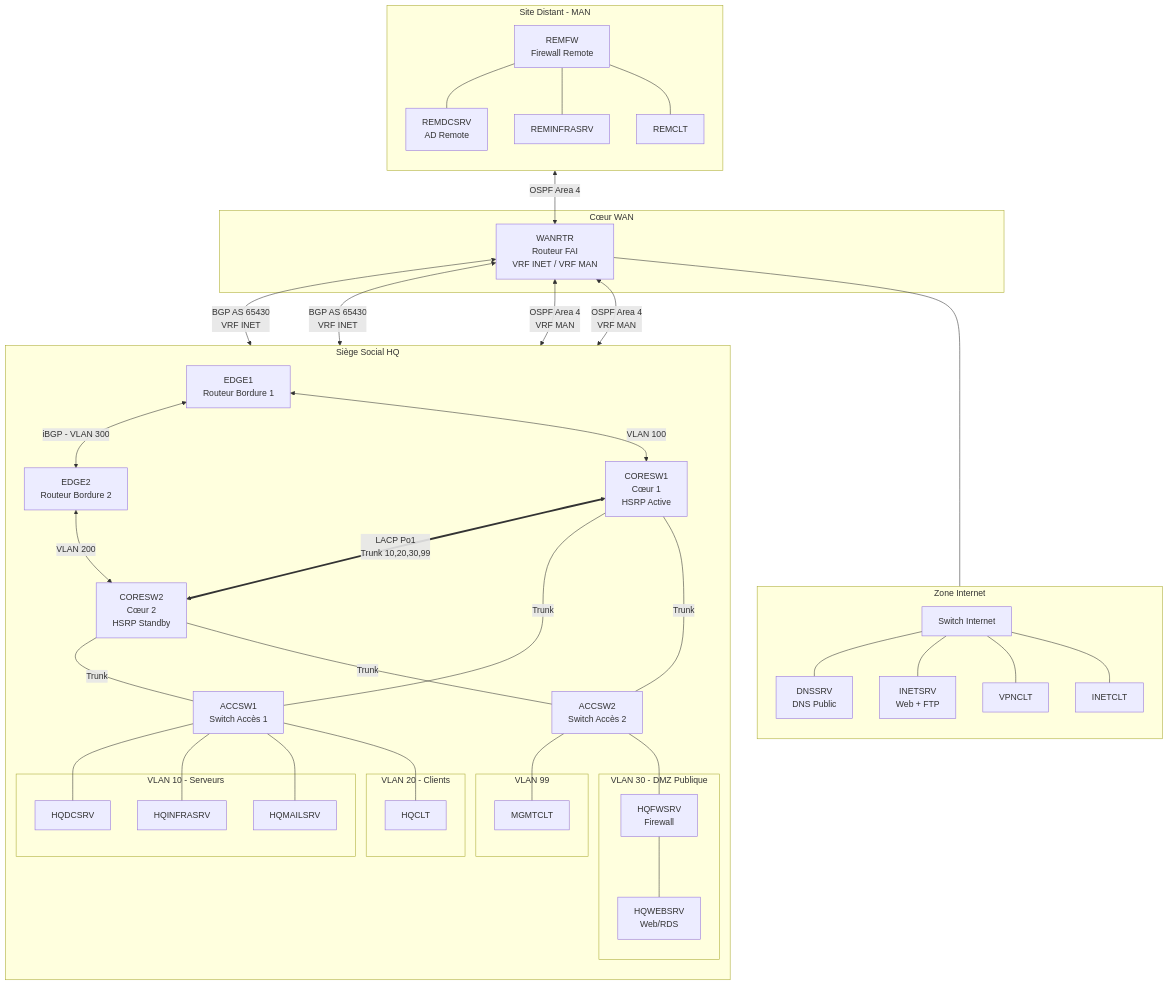
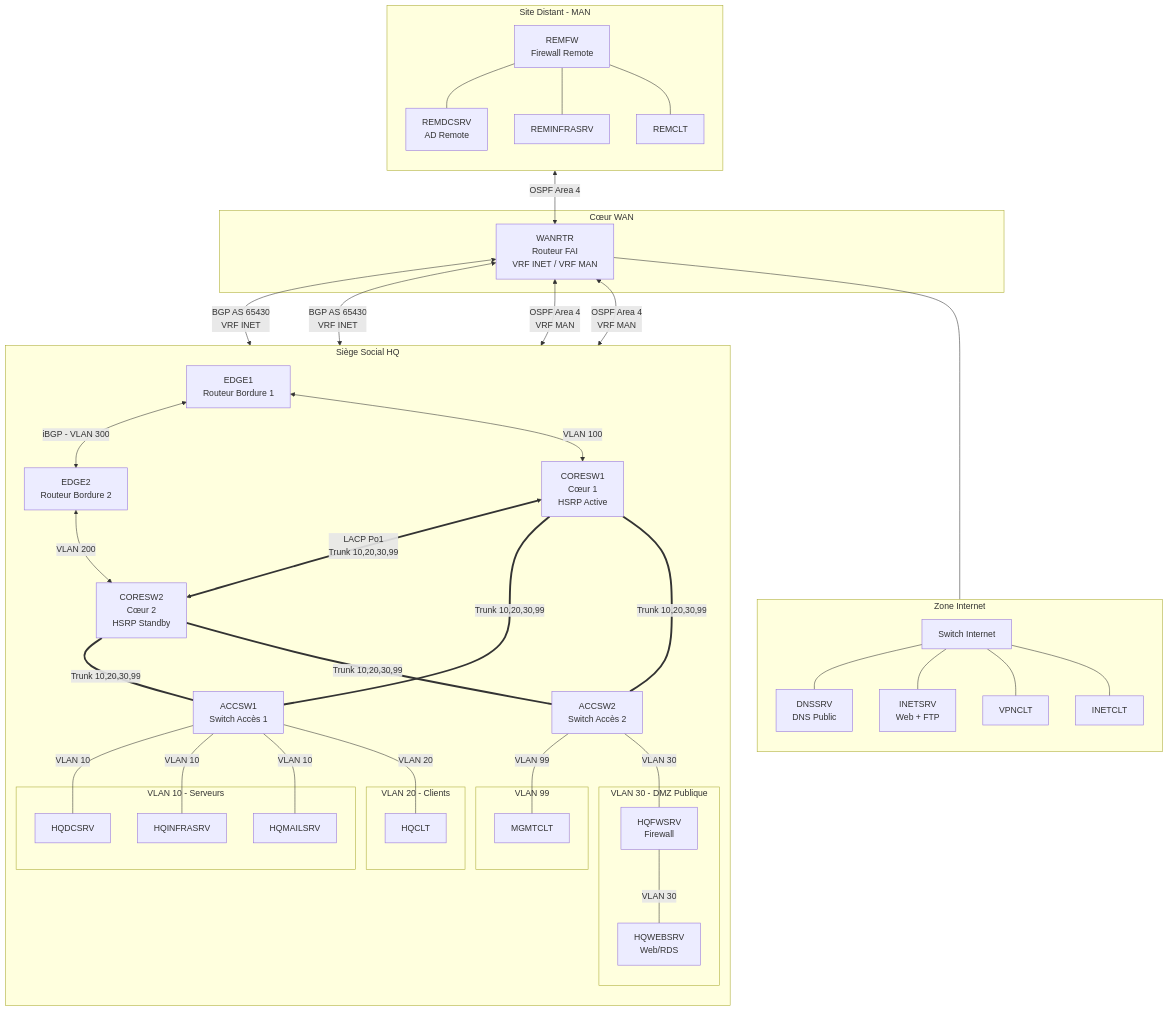
The diagram in readme.md (BadIssues/SAE-501), drawn with Mermaid before and after one commit.

Commit message:
Mise à jour topologie détaillée avec trunks ACCSW1/2

````diff
--- a/readme.md
+++ b/readme.md
@@ -113,13 +113,19 @@
     %% Interconnexions HQ - Layer 2
     CORESW1 <==>|LACP Po1<br>Trunk 10,20,30,99| CORESW2
     
-    CORESW1 ---|Trunk| ACCSW1
-    CORESW1 ---|Trunk| ACCSW2
-    CORESW2 ---|Trunk| ACCSW1
-    CORESW2 ---|Trunk| ACCSW2
+    %% Trunks Access - Config exacte
+    CORESW1 ===|Trunk 10,20,30,99| ACCSW1
+    CORESW1 ===|Trunk 10,20,30,99| ACCSW2
+    CORESW2 ===|Trunk 10,20,30,99| ACCSW1
+    CORESW2 ===|Trunk 10,20,30,99| ACCSW2
     
-    %% Connexions Access vers End Devices
-    ACCSW1 --- HQDCSRV & HQINFRASRV & HQMAILSRV & HQCLT
-    ACCSW2 --- MGMTCLT & HQFWSRV
-    HQFWSRV --- HQWEBSRV
+    %% Connexions Access vers End Devices (VLANs spécifiques)
+    ACCSW1 ---|VLAN 10| HQDCSRV
+    ACCSW1 ---|VLAN 10| HQINFRASRV
+    ACCSW1 ---|VLAN 10| HQMAILSRV
+    ACCSW1 ---|VLAN 20| HQCLT
+    
+    ACCSW2 ---|VLAN 99| MGMTCLT
+    ACCSW2 ---|VLAN 30| HQFWSRV
+    HQFWSRV ---|VLAN 30| HQWEBSRV
 ```
````
